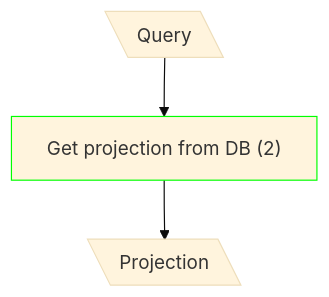
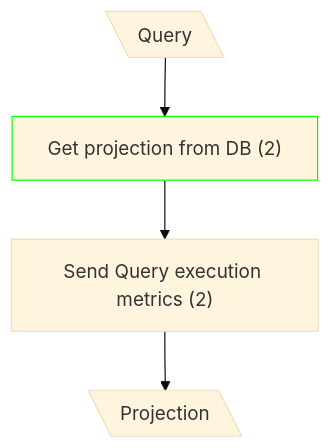
Before and after one commit to dmitryhruzin/CQRS-variations-test: the third of 4 diagrams in docs/CF Complexity/read.md, drawn with Mermaid (base theme). The commit also changed other lines of this file and 4 other files, not shown here.

Commit message:
docs: add infra calls to diagrams

````diff
--- a/docs/CF Complexity/read.md
+++ b/docs/CF Complexity/read.md
@@ -52,7 +54,8 @@
 ```mermaid
 flowchart TD
   classDef mod stroke:#0f0
   A@{ shape: lean-l, label: "Query" }
   A --> B["Get projection from DB (2)"]:::mod
-  B --> C@{ shape: lean-l, label: "Projection" }
+  B --> M["Send Query execution metrics (2)"]
+  M --> C@{ shape: lean-l, label: "Projection" }
 ```
````
